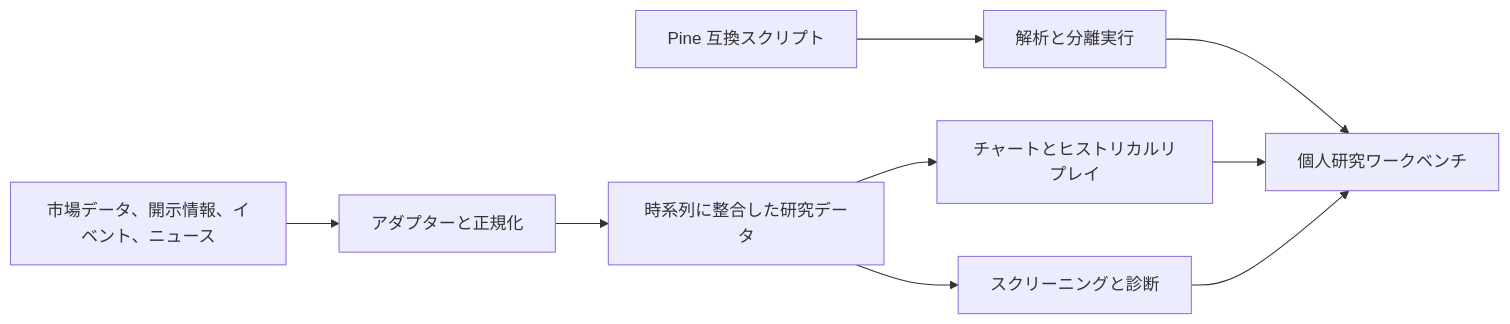
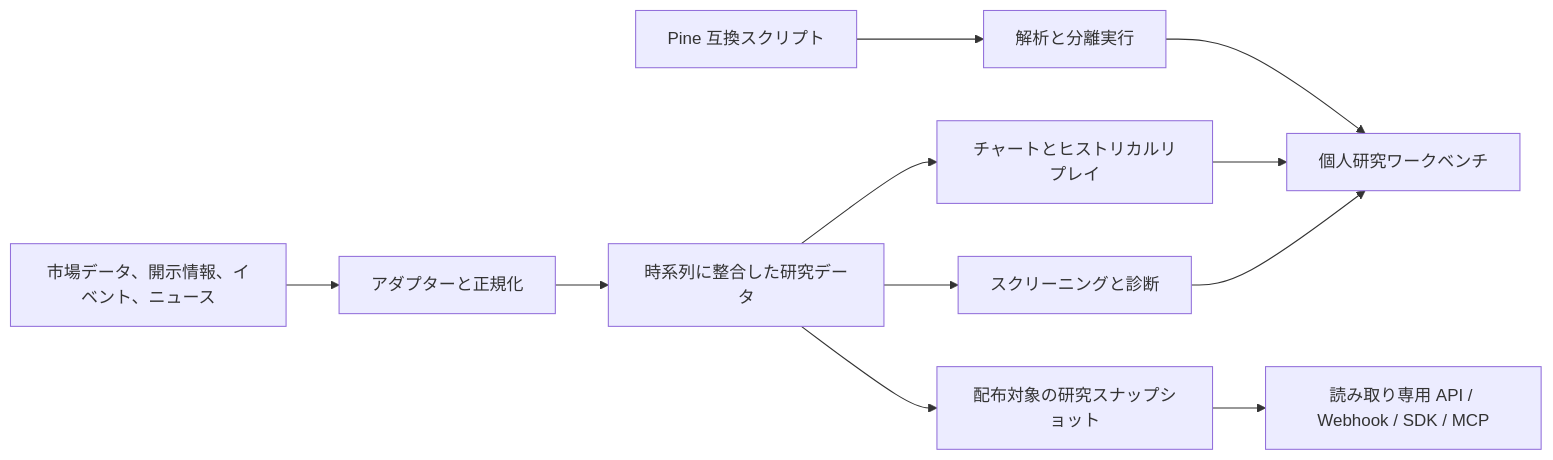
Before and after one commit to kuangyongjie/nuvexlens: the diagram in README_JA.md, drawn with Mermaid. The commit also changed other lines of this file and 2 other files, not shown here.

````diff
--- a/README_JA.md
+++ b/README_JA.md
@@ -27,11 +27,13 @@
 ```mermaid
 flowchart LR
     Sources[市場データ、開示情報、イベント、ニュース] --> Ingest[アダプターと正規化]
     Ingest --> Research[時系列に整合した研究データ]
     Research --> Chart[チャートとヒストリカルリプレイ]
     Research --> Screen[スクリーニングと診断]
+    Research --> Snapshot[配布対象の研究スナップショット]
+    Snapshot --> Interfaces[読み取り専用 API / Webhook / SDK / MCP]
     Scripts[Pine 互換スクリプト] --> Sandbox[解析と分離実行]
     Sandbox --> Workspace[個人研究ワークベンチ]
     Chart --> Workspace
     Screen --> Workspace
 ```
````
